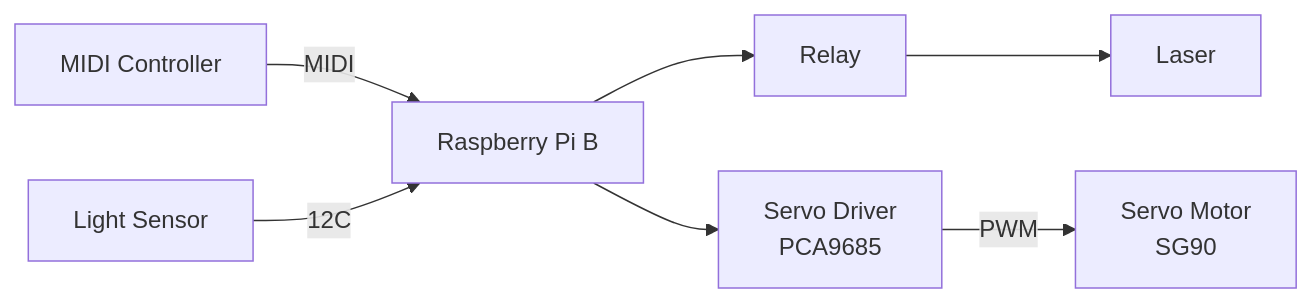
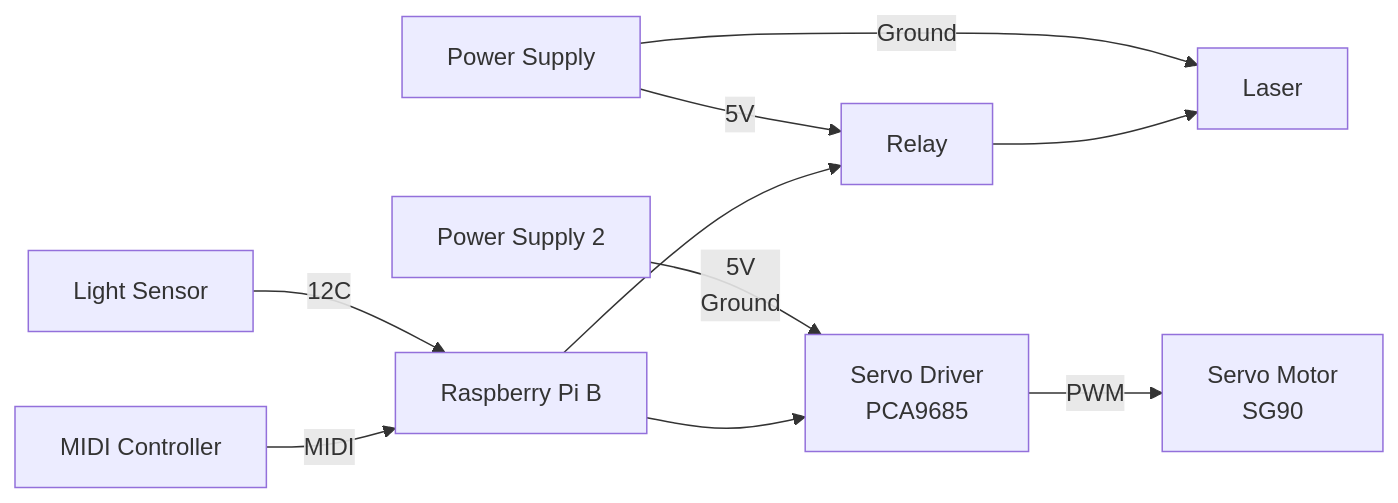
The diagram in README.md (Nixx-Goh/EGL314-Project-Lumen-Team-D), drawn with Mermaid before and after one commit. The commit also changed other lines of this file and 1 other file, not shown here.

````diff
--- a/README.md
+++ b/README.md
@@ -36,12 +36,15 @@
 ```mermaid
 graph LR
 
 
 A[MIDI Controller] --MIDI--> B[Raspberry Pi B] 
 C[Light Sensor] --12C--> B
 B --> D[Relay]
 D --> E[Laser]
 B --> F[Servo Driver </br> PCA9685]
 F --PWM--> G[Servo Motor </br> SG90]
+H[Power Supply] --Ground--> E
+H --5V--> D
+I[Power Supply 2] --5V </br> Ground--> F 
 
 ```    
````
